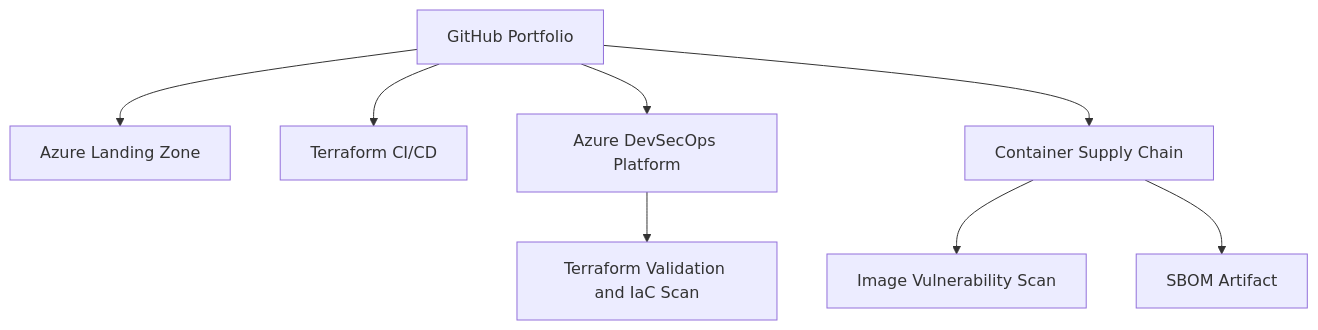
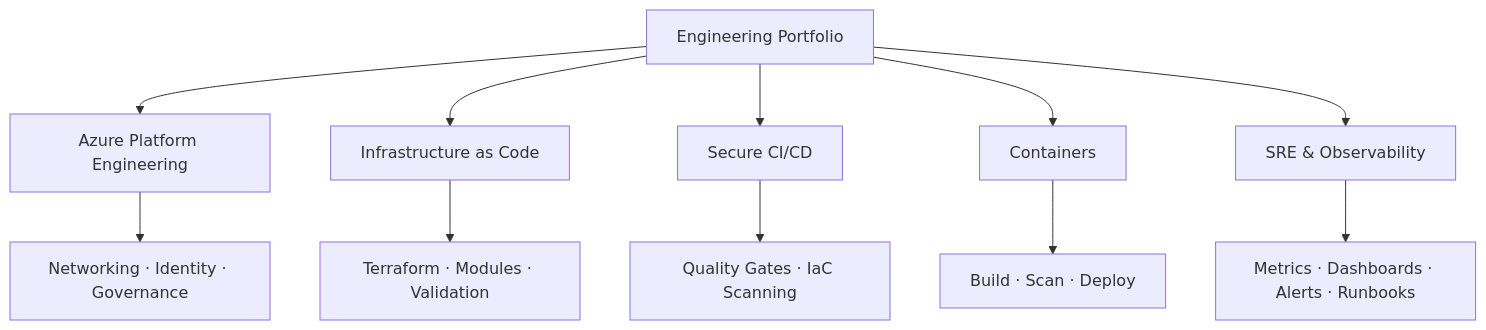
The diagram in README.md (haqueamir70-coder/haqueamir70-coder), drawn with Mermaid before and after one commit. The commit also changed other lines of this file, not shown here.

Commit message:
docs: refresh GitHub profile for DevOps and DevSecOps roles

````diff
--- a/README.md
+++ b/README.md
@@ -31,10 +36,13 @@
 ```mermaid
-flowchart TD
-  A[GitHub Portfolio] --> B[Azure Landing Zone]
-  A --> C[Terraform CI/CD]
-  A --> D[Azure DevSecOps Platform]
-  A --> E[Container Supply Chain]
-  E --> F[Image Vulnerability Scan]
-  E --> G[SBOM Artifact]
-  D --> H[Terraform Validation and IaC Scan]
+flowchart TB
+    A[Engineering Portfolio] --> B[Azure Platform Engineering]
+    A --> C[Infrastructure as Code]
+    A --> D[Secure CI/CD]
+    A --> E[Containers]
+    A --> F[SRE & Observability]
+    B --> G[Networking · Identity · Governance]
+    C --> H[Terraform · Modules · Validation]
+    D --> I[Quality Gates · IaC Scanning]
+    E --> J[Build · Scan · Deploy]
+    F --> K[Metrics · Dashboards · Alerts · Runbooks]
 ```
````
